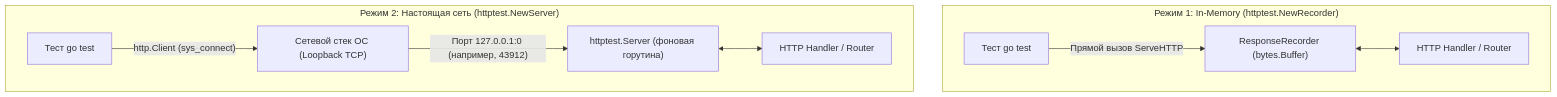
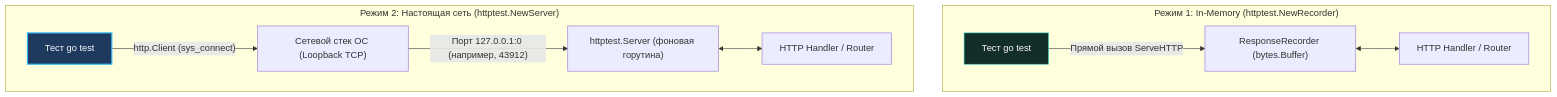
Before and after one commit to UnrealTemplier/go-textbook: the diagram in sources/15. Тестирование в Go (QA & Testing)/05. Интеграционные тесты/8. HTTP integration тесты.md, drawn with Mermaid. The commit also changed 1666 other files, not shown here.

First line of the commit message:
feat(mermaid): add semantic color classDef to 1369 colorless flowchart/graph diagrams

````diff
--- a/sources/15. Тестирование в Go (QA & Testing)/05. Интеграционные тесты/8. HTTP integration тесты.md
+++ b/sources/15. Тестирование в Go (QA & Testing)/05. Интеграционные тесты/8. HTTP integration тесты.md
@@ -40,13 +40,23 @@
 ```mermaid
 flowchart TD
+    classDef process  fill:#1e293b,stroke:#38bdf8,stroke-width:1px,color:#f8fafc
+    classDef success  fill:#064e3b,stroke:#34d399,stroke-width:1px,color:#f8fafc
+    classDef error    fill:#7f1d1d,stroke:#f87171,stroke-width:1px,color:#f8fafc
+    classDef warning  fill:#78350f,stroke:#fbbf24,stroke-width:1px,color:#f8fafc
+    classDef entry    fill:#1e3a5f,stroke:#38bdf8,stroke-width:2px,color:#f8fafc
+    classDef aux      fill:#334155,stroke:#64748b,stroke-width:1px,color:#f8fafc
+    classDef system   fill:#312e81,stroke:#a78bfa,stroke-width:1px,color:#f8fafc
+    classDef data     fill:#132d29,stroke:#2dd4bf,stroke-width:1px,color:#f8fafc
+    classDef network  fill:#881337,stroke:#fb7185,stroke-width:1px,color:#f8fafc
+    classDef accent   fill:#1e1b4b,stroke:#818cf8,stroke-width:1px,color:#f8fafc
     subgraph Mode1["Режим 1: In-Memory (httptest.NewRecorder)"]
-        Test1["Тест go test"] -->|"Прямой вызов ServeHTTP"| Rec["ResponseRecorder (bytes.Buffer)"]
+        Test1["Тест go test"]:::data -->|"Прямой вызов ServeHTTP"| Rec["ResponseRecorder (bytes.Buffer)"]
         Rec <--> Hand1["HTTP Handler / Router"]
     end
 
     subgraph Mode2["Режим 2: Настоящая сеть (httptest.NewServer)"]
-        Test2["Тест go test"] -->|"http.Client (sys_connect)"| Sock["Сетевой стек ОС (Loopback TCP)"]
+        Test2["Тест go test"]:::entry -->|"http.Client (sys_connect)"| Sock["Сетевой стек ОС (Loopback TCP)"]
         Sock -->|"Порт 127.0.0.1:0 (например, 43912)"| Serv["httptest.Server (фоновая горутина)"]
         Serv <--> Hand2["HTTP Handler / Router"]
     end
 ```
````
